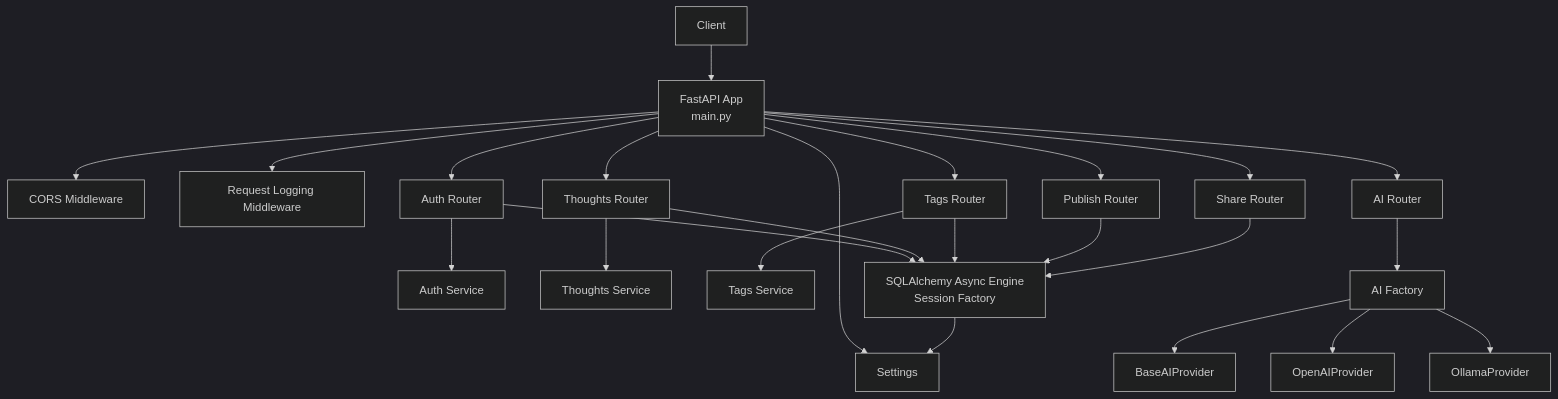
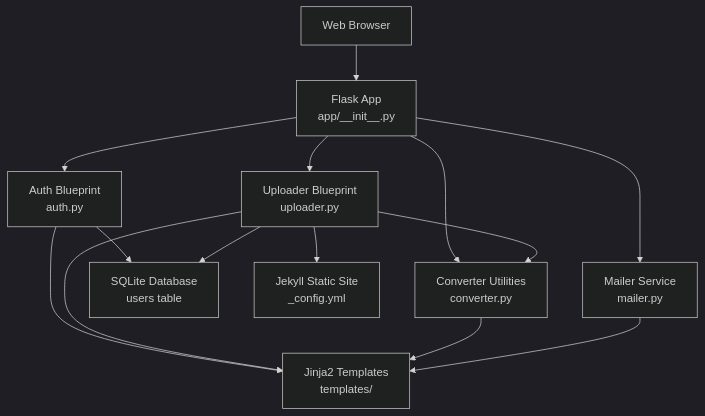
The second of 8 diagrams in .qoder/repowiki/en/content/Backend Application/Application Architecture.md (PolarisW007/PolaZhenJing), drawn with Mermaid (dark theme) before and after one commit. The commit also changed other lines of this file and 153 other files, not shown here.

````diff
--- a/.qoder/repowiki/en/content/Backend Application/Application Architecture.md
+++ b/.qoder/repowiki/en/content/Backend Application/Application Architecture.md
@@ -119,45 +100,25 @@
 ```mermaid
 graph TB
-Client["Client"]
-FA["FastAPI App<br/>main.py"]
-CORS["CORS Middleware"]
-LOG["Request Logging Middleware"]
-AUTH_R["Auth Router"]
-THOUGHTS_R["Thoughts Router"]
-TAGS_R["Tags Router"]
-AI_R["AI Router"]
-PUBLISH_R["Publish Router"]
-SHARE_R["Share Router"]
-AUTH_S["Auth Service"]
-THOUGHTS_S["Thoughts Service"]
-TAGS_S["Tags Service"]
-AI_F["AI Factory"]
-AI_B["BaseAIProvider"]
-AI_O["OpenAIProvider"]
-AI_L["OllamaProvider"]
-DB["SQLAlchemy Async Engine<br/>Session Factory"]
-CFG["Settings"]
-Client --> FA
-FA --> CORS
-FA --> LOG
-FA --> AUTH_R
-FA --> THOUGHTS_R
-FA --> TAGS_R
-FA --> AI_R
-FA --> PUBLISH_R
-FA --> SHARE_R
-AUTH_R --> AUTH_S
-THOUGHTS_R --> THOUGHTS_S
-TAGS_R --> TAGS_S
-AI_R --> AI_F
-AI_F --> AI_B
-AI_F --> AI_O
-AI_F --> AI_L
-AUTH_R --> DB
-THOUGHTS_R --> DB
-TAGS_R --> DB
-PUBLISH_R --> DB
-SHARE_R --> DB
-FA --> CFG
-DB --> CFG
+Client["Web Browser"]
+FLASK["Flask App<br/>app/__init__.py"]
+AUTH["Auth Blueprint<br/>auth.py"]
+UP["Uploader Blueprint<br/>uploader.py"]
+CONV["Converter Utilities<br/>converter.py"]
+MAIL["Mailer Service<br/>mailer.py"]
+DB["SQLite Database<br/>users table"]
+TPL["Jinja2 Templates<br/>templates/"]
+JEKYLL["Jekyll Static Site<br/>_config.yml"]
+Client --> FLASK
+FLASK --> AUTH
+FLASK --> UP
+FLASK --> CONV
+FLASK --> MAIL
+AUTH --> DB
+UP --> DB
+UP --> CONV
+UP --> JEKYLL
+AUTH --> TPL
+UP --> TPL
+CONV --> TPL
+MAIL --> TPL
 ```
````
